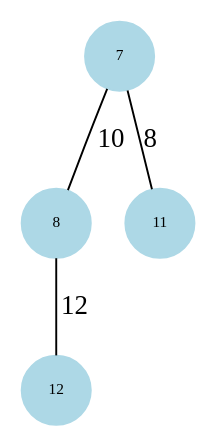
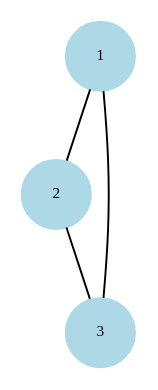
Before and after one commit to pgRouting/pgrouting: the fourth of 5 diagrams in doc/planar/pgr_planarFaces.rst, drawn with Graphviz. The commit also changed other lines of this file and 1 other file, not shown here.

```diff
--- a/doc/planar/pgr_planarFaces.rst
+++ b/doc/planar/pgr_planarFaces.rst
@@ -303,9 +240,7 @@
 .. graphviz::
 
     graph G {
-        node [shape=circle;style=filled;width=.5;fixedsize=true;fontsize=8];
-        7,8,11,12 [color=lightblue];
-        7 -- 11 [label="8"];
-        7 -- 8 [label="10"];
-        8 -- 12 [label="12"];
+        node [shape=circle;style=filled;width=0.5;fixedsize=true;fontsize=8];
+        1,2,3 [color=lightblue];
+        1 -- 2 -- 3 -- 1;
     }
```
